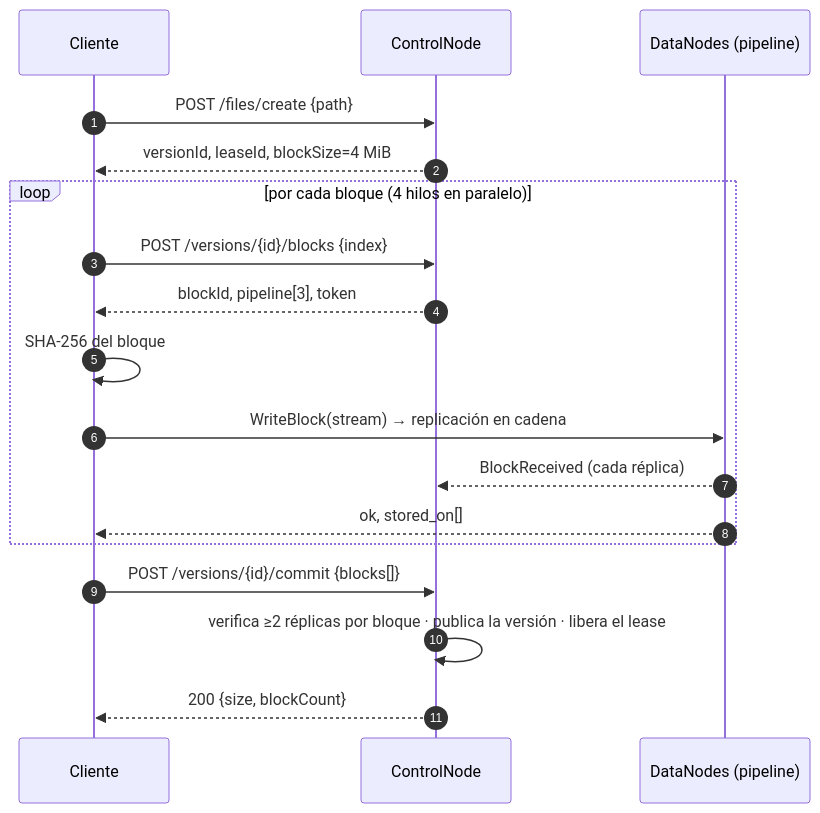
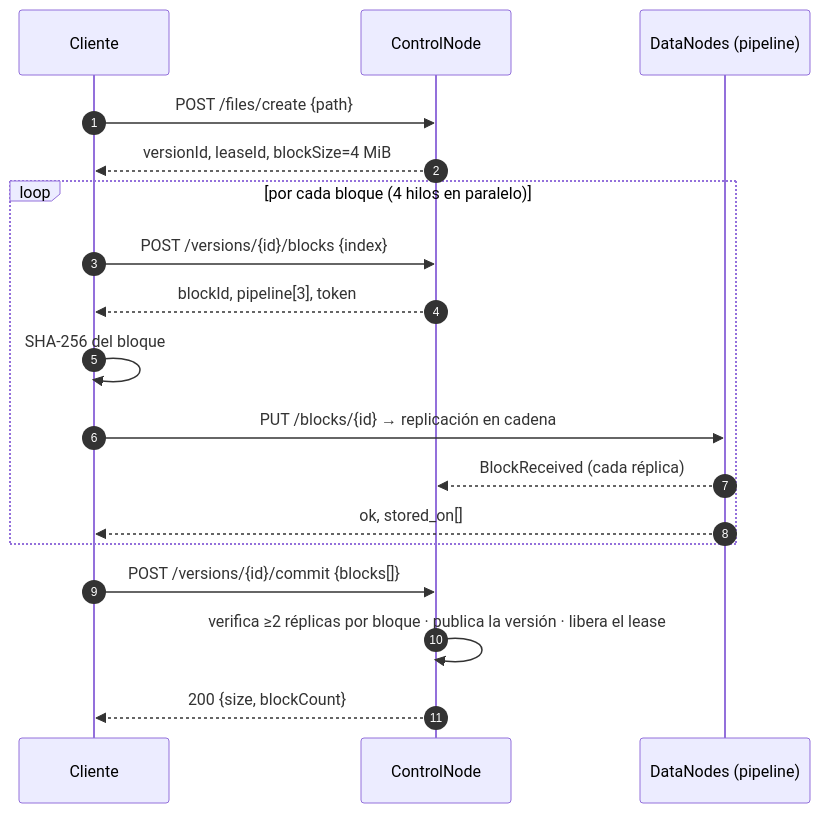
The third of 5 diagrams in docs/comunicaciones.md (MiguelMontoya221004/DFSha), drawn with Mermaid before and after one commit. The commit also changed other lines of this file and 30 other files, not shown here.

````diff
--- a/docs/comunicaciones.md
+++ b/docs/comunicaciones.md
@@ -232,20 +247,20 @@
 ```mermaid
 sequenceDiagram
     autonumber
     participant C as Cliente
     participant CN as ControlNode
     participant D as DataNodes (pipeline)
     C->>CN: POST /files/create {path}
     CN-->>C: versionId, leaseId, blockSize=4 MiB
     loop por cada bloque (4 hilos en paralelo)
         C->>CN: POST /versions/{id}/blocks {index}
         CN-->>C: blockId, pipeline[3], token
         C->>C: SHA-256 del bloque
-        C->>D: WriteBlock(stream) → replicación en cadena
+        C->>D: PUT /blocks/{id} → replicación en cadena
         D-->>CN: BlockReceived (cada réplica)
         D-->>C: ok, stored_on[]
     end
     C->>CN: POST /versions/{id}/commit {blocks[]}
     CN->>CN: verifica ≥2 réplicas por bloque · publica la versión · libera el lease
     CN-->>C: 200 {size, blockCount}
 ```
````
